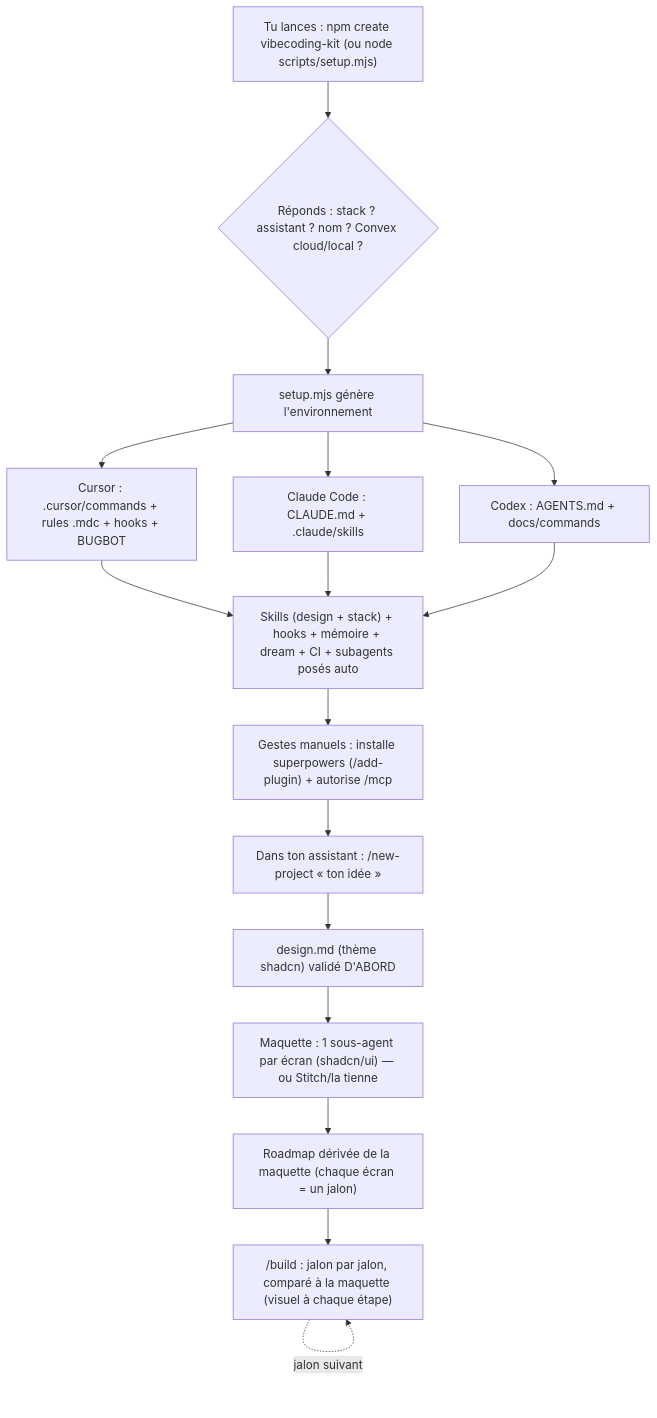
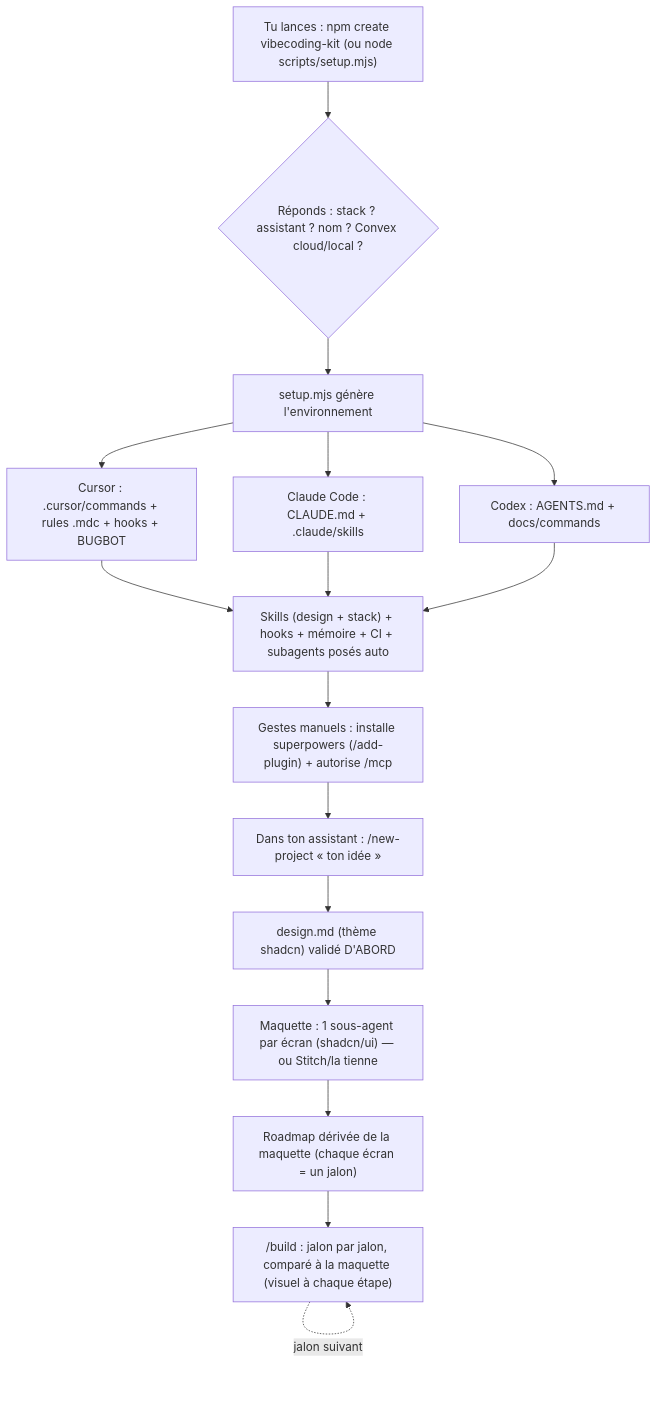
Before and after one commit to ohvignas/vibecoding-starter-kit: the diagram in README.md, drawn with Mermaid. The commit also changed other lines of this file and 45 other files, not shown here.

````diff
--- a/README.md
+++ b/README.md
@@ -177,18 +176,18 @@
 ```mermaid
 flowchart TD
     A["Tu lances : npm create vibecoding-kit (ou node scripts/setup.mjs)"] --> C{"Réponds : stack ? assistant ? nom ? Convex cloud/local ?"}
     C --> D["setup.mjs génère l'environnement"]
     D --> E1["Cursor : .cursor/commands + rules .mdc + hooks + BUGBOT"]
     D --> E2["Claude Code : CLAUDE.md + .claude/skills"]
     D --> E3["Codex : AGENTS.md + docs/commands"]
-    E1 --> F["Skills (design + stack) + hooks + mémoire + dream + CI + subagents posés auto"]
+    E1 --> F["Skills (design + stack) + hooks + mémoire + CI + subagents posés auto"]
     E2 --> F
     E3 --> F
     F --> G0["Gestes manuels : installe superpowers (/add-plugin) + autorise /mcp"]
     G0 --> G["Dans ton assistant : /new-project « ton idée »"]
     G --> DZ["design.md (thème shadcn) validé D'ABORD"]
     DZ --> M["Maquette : 1 sous-agent par écran (shadcn/ui) — ou Stitch/la tienne"]
     M --> R["Roadmap dérivée de la maquette (chaque écran = un jalon)"]
     R --> H["/build : jalon par jalon, comparé à la maquette (visuel à chaque étape)"]
     H -.->|jalon suivant| H
 ```
````
